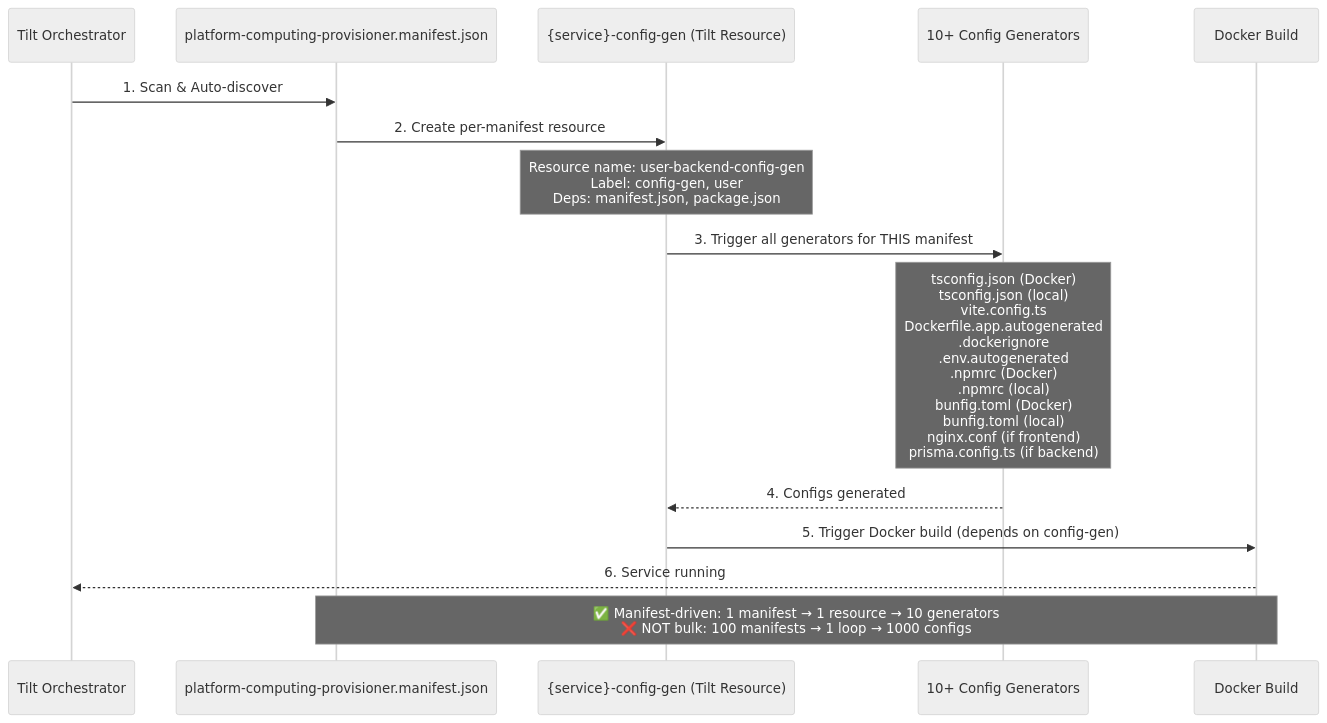
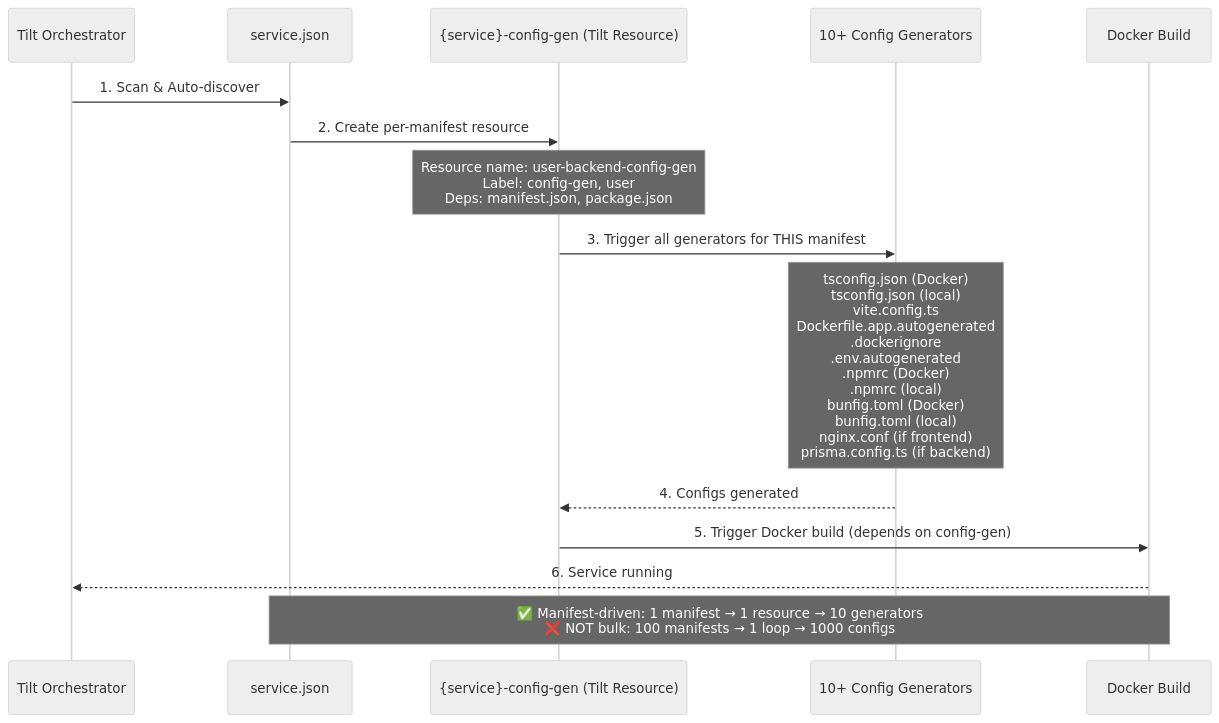
The fourth of 5 diagrams in engine/docs/C4-ARCHITECTURE-overview.md (AK-Lmn/tdk-cli-core), drawn with Mermaid (neutral theme) before and after one commit. The commit also changed other lines of this file and 18 other files, not shown here.

Commit message:
refactor: replace references to platform-computing-provisioner.manifest.json with service.json across the codebase

````diff
--- a/engine/docs/C4-ARCHITECTURE-overview.md
+++ b/engine/docs/C4-ARCHITECTURE-overview.md
@@ -164,21 +164,21 @@
 ```mermaid
 sequenceDiagram
     participant Tilt as Tilt Orchestrator
-    participant Manifest as platform-computing-provisioner.manifest.json
+    participant Manifest as service.json
     participant ConfigGen as {service}-config-gen (Tilt Resource)
     participant Generators as 10+ Config Generators
     participant Docker as Docker Build
     
     Tilt->>Manifest: 1. Scan & Auto-discover
     Manifest->>ConfigGen: 2. Create per-manifest resource
     Note over ConfigGen: Resource name: user-backend-config-gen<br/>Label: config-gen, user<br/>Deps: manifest.json, package.json
     
     ConfigGen->>Generators: 3. Trigger all generators for THIS manifest
     Note over Generators: tsconfig.json (Docker)<br/>tsconfig.json (local)<br/>vite.config.ts<br/>Dockerfile.app.autogenerated<br/>.dockerignore<br/>.env.autogenerated<br/>.npmrc (Docker)<br/>.npmrc (local)<br/>bunfig.toml (Docker)<br/>bunfig.toml (local)<br/>nginx.conf (if frontend)<br/>prisma.config.ts (if backend)
     
     Generators-->>ConfigGen: 4. Configs generated
     ConfigGen->>Docker: 5. Trigger Docker build (depends on config-gen)
     Docker-->>Tilt: 6. Service running
     
     Note over Manifest,Docker: ✅ Manifest-driven: 1 manifest → 1 resource → 10 generators<br/>❌ NOT bulk: 100 manifests → 1 loop → 1000 configs
 ```
````
